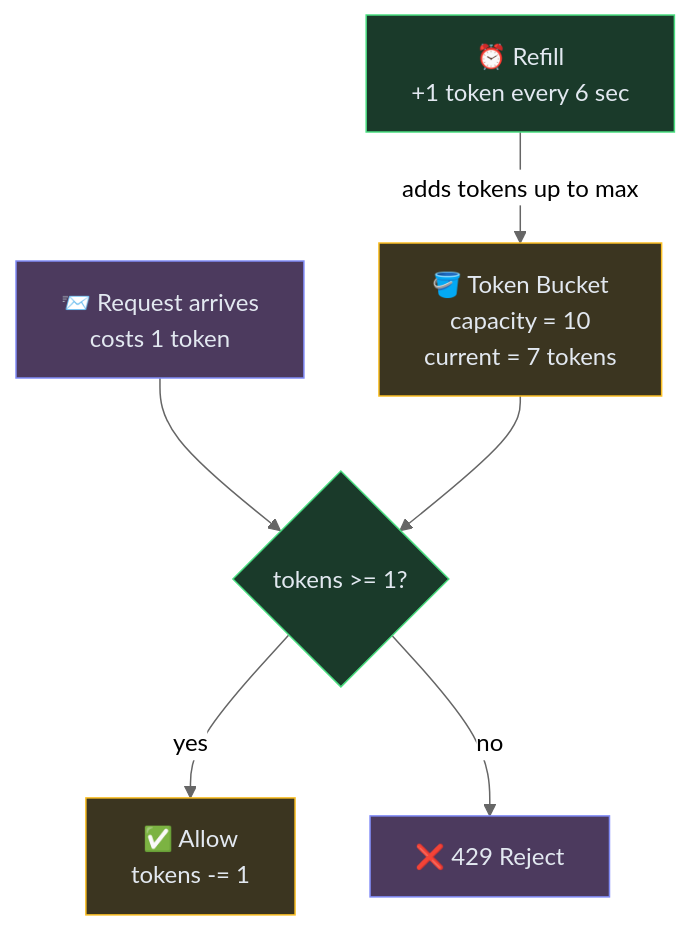
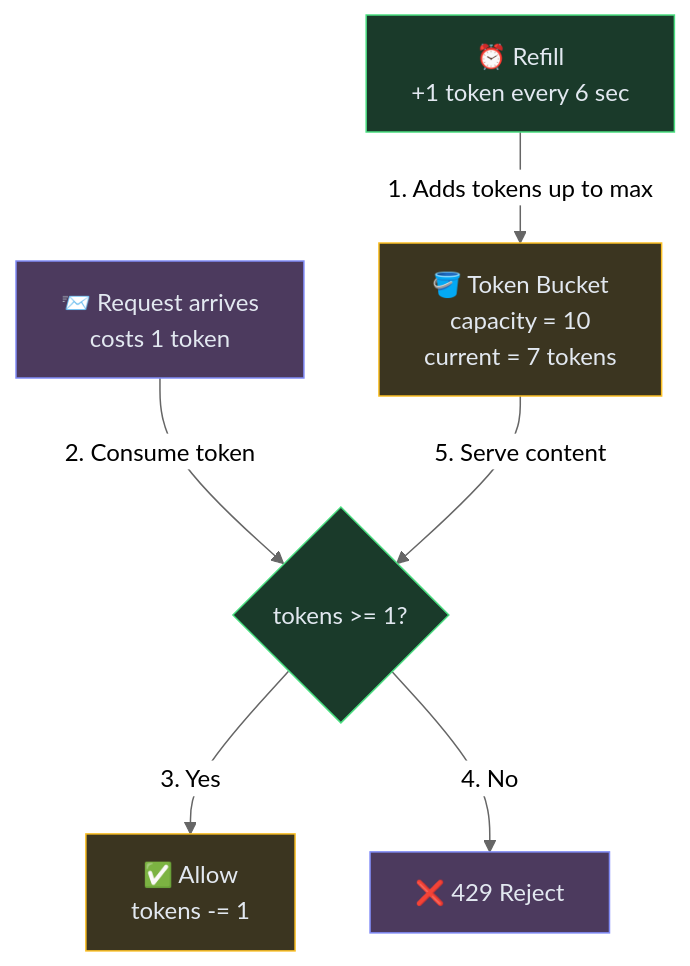
The sixth of 15 diagrams in content/hld/RateLimiter.md (iluzn/HLD-Designs), drawn with Mermaid (neutral theme) before and after one commit. The commit also changed other lines of this file and 27 other files, not shown here.

````diff
--- a/content/hld/RateLimiter.md
+++ b/content/hld/RateLimiter.md
@@ -356,19 +356,19 @@
 ```mermaid
 flowchart TD
     BUCKET["🪣 Token Bucket<br/>capacity = 10<br/>current = 7 tokens"]:::data
     REFILL["⏰ Refill<br/>+1 token every 6 sec"]:::service
     REQ["📨 Request arrives<br/>costs 1 token"]:::client
     CHECK{"tokens >= 1?"}:::service
     ALLOW["✅ Allow<br/>tokens -= 1"]:::data
     REJECT["❌ 429 Reject"]:::client
 
-    REFILL -->|"adds tokens up to max"| BUCKET
-    REQ --> CHECK
-    CHECK -->|"yes"| ALLOW
-    CHECK -->|"no"| REJECT
-    BUCKET --> CHECK
+    REFILL -->|"1. Adds tokens up to max"| BUCKET
+    REQ -->|"2. Consume token"| CHECK
+    CHECK -->|"3. Yes"| ALLOW
+    CHECK -->|"4. No"| REJECT
+    BUCKET -->|"5. Serve content"| CHECK
 
     classDef client fill:#4c3a5e,stroke:#818cf8,color:#e2e8f0
     classDef service fill:#1a3a2a,stroke:#4ade80,color:#e2e8f0
     classDef data fill:#3b3520,stroke:#fbbf24,color:#e2e8f0
 ```
````
